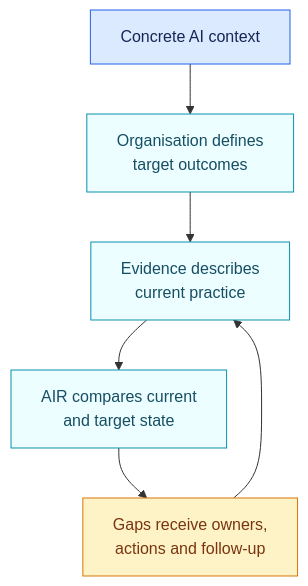
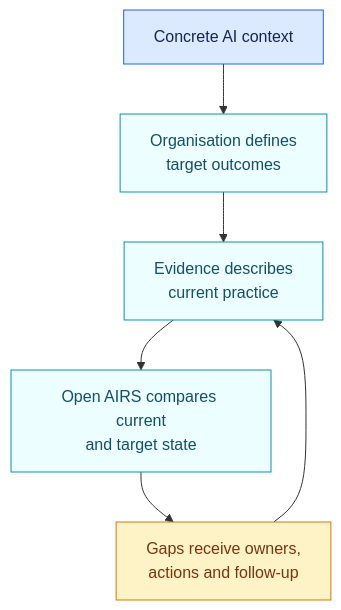
One commit to NickChaps/Open-AIRS changed the second of 2 diagrams in packs/nist-ai-rmf/1.0.0/README.md. Above: the diagram before and after it, drawn with Mermaid. The commit also changed other lines of this file and 101 other files, not shown here.

Commit message:
chore: rename project to Open AIRS

````diff
--- a/packs/nist-ai-rmf/1.0.0/README.md
+++ b/packs/nist-ai-rmf/1.0.0/README.md
@@ -63,15 +63,15 @@
 ```mermaid
 flowchart TB
     C["Concrete AI context"] --> T["Organisation defines<br/>target outcomes"]
     T --> E["Evidence describes<br/>current practice"]
-    E --> P["AIR compares current<br/>and target state"]
+    E --> P["Open AIRS compares current<br/>and target state"]
     P --> G["Gaps receive owners,<br/>actions and follow-up"]
     G --> E
 
     classDef context fill:#dbeafe,stroke:#2563eb,color:#172554
     classDef work fill:#ecfeff,stroke:#0891b2,color:#164e63
     classDef result fill:#fef3c7,stroke:#d97706,color:#78350f
     class C context
     class T,E,P work
     class G result
 ```
````
